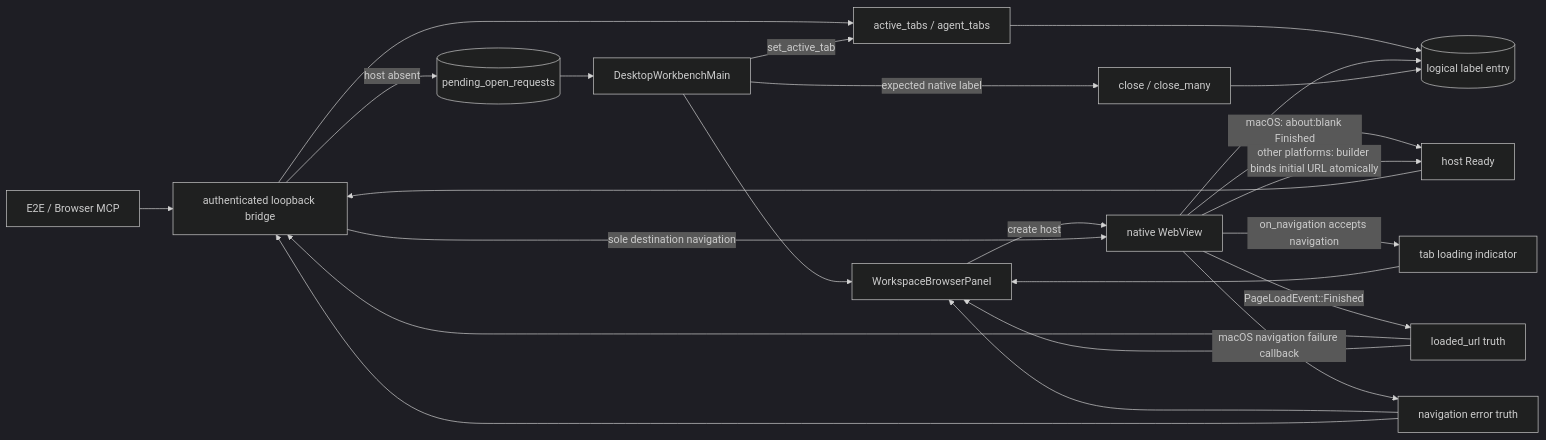
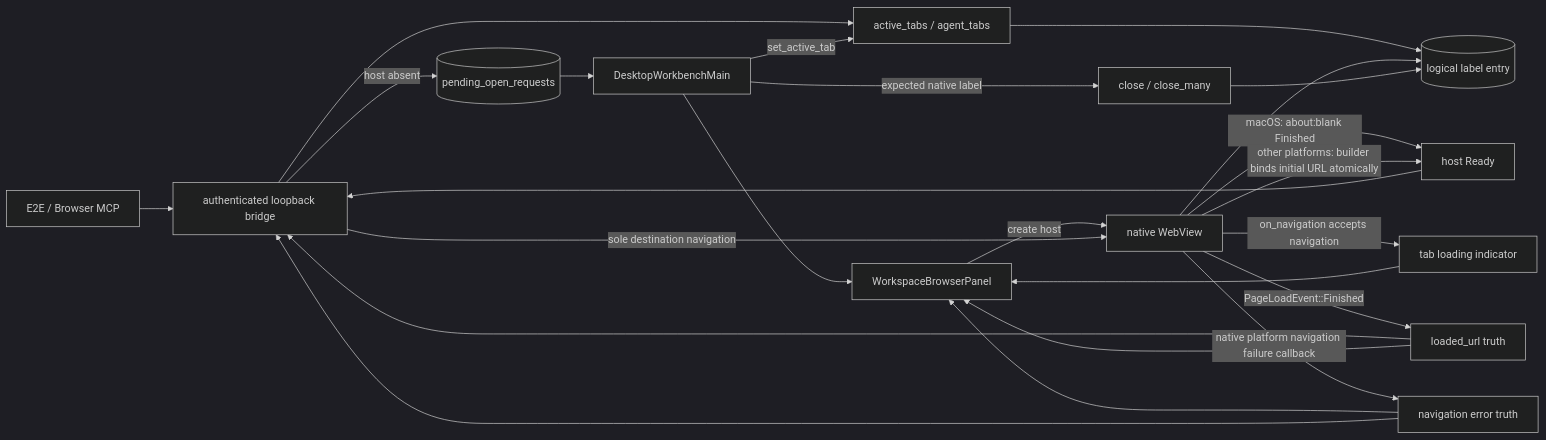
The first of 2 diagrams in docs/en/architecture/embedded-browser.md (wecode-ai/Wegent), drawn with Mermaid (dark theme) before and after one commit. The commit also changed other lines of this file and 4 other files, not shown here.

````diff
--- a/docs/en/architecture/embedded-browser.md
+++ b/docs/en/architecture/embedded-browser.md
@@ -9,26 +9,26 @@
 ```mermaid
 flowchart LR
     CALLER[E2E / Browser MCP] --> BRIDGE[authenticated loopback bridge]
     BRIDGE --> ROUTE[active_tabs / agent_tabs]
     ROUTE --> ENTRY[(logical label entry)]
     BRIDGE -->|host absent| PENDING[(pending_open_requests)]
     PENDING --> MAIN[DesktopWorkbenchMain]
     MAIN --> PANEL[WorkspaceBrowserPanel]
     PANEL -->|create host| WEBVIEW[native WebView]
     WEBVIEW --> ENTRY
     WEBVIEW -->|macOS: about:blank Finished| READY[host Ready]
     WEBVIEW -->|other platforms: builder binds initial URL atomically| READY
     READY --> BRIDGE
     BRIDGE -->|sole destination navigation| WEBVIEW
     WEBVIEW -->|on_navigation accepts navigation| LOADING[tab loading indicator]
     LOADING --> PANEL
     WEBVIEW -->|PageLoadEvent::Finished| LOADED[loaded_url truth]
-    WEBVIEW -->|macOS navigation failure callback| FAILED[navigation error truth]
+    WEBVIEW -->|native platform navigation failure callback| FAILED[navigation error truth]
     LOADED --> BRIDGE
     LOADED --> PANEL
     FAILED --> PANEL
     FAILED --> BRIDGE
     MAIN -->|set_active_tab| ROUTE
     MAIN -->|expected native label| CLOSE[close / close_many]
     CLOSE --> ENTRY
 ```
````
